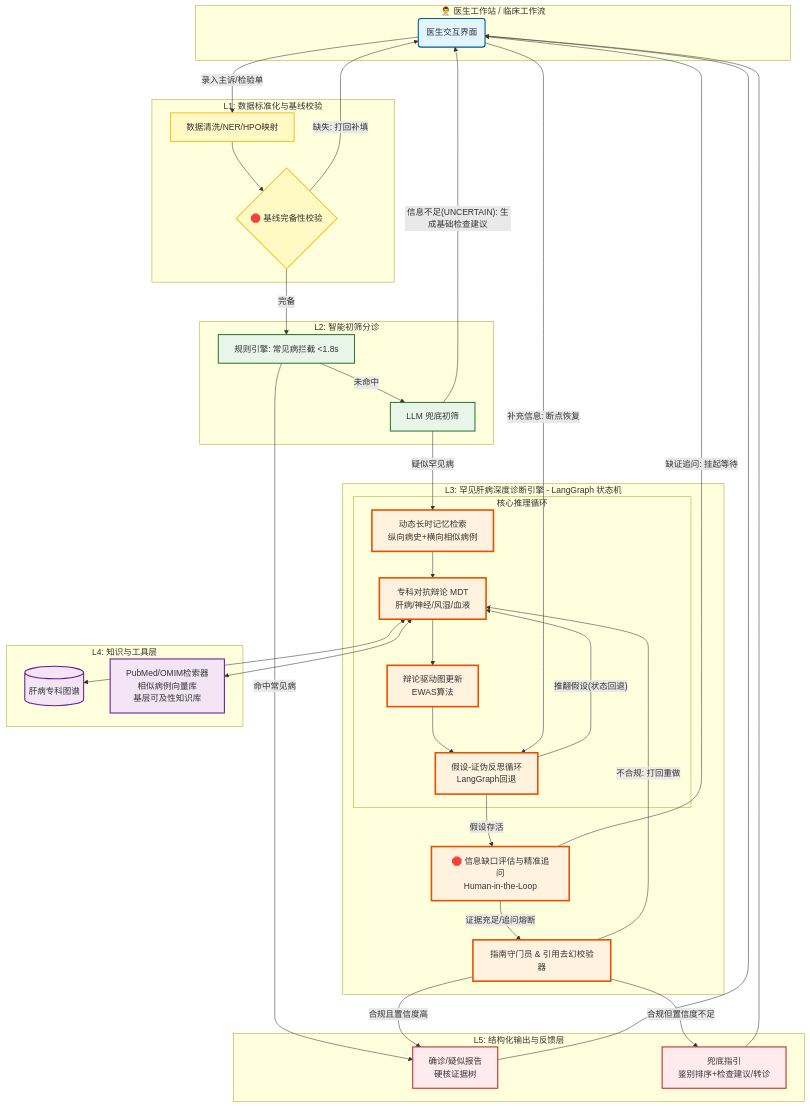
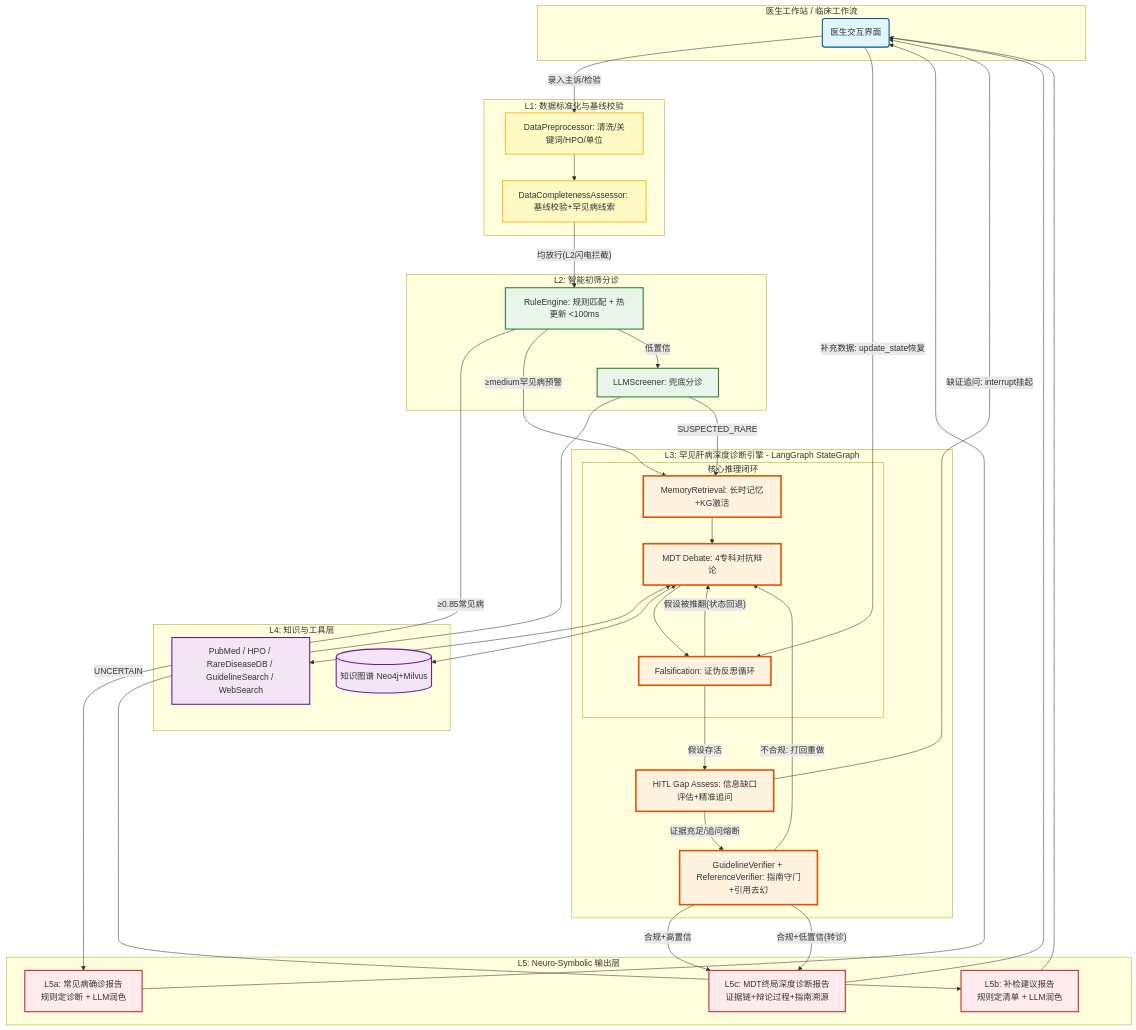
Before and after one commit to YOLOSXF/Rare-Hepatic-Disease-Multi-Agent-System: the diagram in README.md, drawn with Mermaid. The commit also changed other lines of this file and 20 other files, not shown here.

````diff
--- a/README.md
+++ b/README.md
@@ -359,74 +384,74 @@
     classDef core fill:#fff3e0,stroke:#e65100,stroke-width:3px;
 
     %% 医生工作站
-    subgraph UserLayer [👨‍⚕️ 医生工作站 / 临床工作流]
+    subgraph UserLayer [医生工作站 / 临床工作流]
         Doctor(医生交互界面):::user
     end
 
     %% L1 层
     subgraph L1 [L1: 数据标准化与基线校验]
-        Preprocess[数据清洗/NER/HPO映射]:::layer1
-        BaselineCheck{🛑 基线完备性校验}:::layer1
+        Preprocess[DataPreprocessor: 清洗/关键词/HPO/单位]:::layer1
+        DataAssess[DataCompletenessAssessor: 基线校验+罕见病线索]:::layer1
     end
 
     %% L2 层
     subgraph L2 [L2: 智能初筛分诊]
-        RuleEngine[规则引擎: 常见病拦截 <1.8s]:::layer2
-        LLMTriage[LLM 兜底初筛]:::layer2
+        RuleEngine[RuleEngine: 规则匹配 + 热更新 <100ms]:::layer2
+        LLMTriage[LLMScreener: 兜底分诊]:::layer2
     end
 
     %% L3 层
-    subgraph L3 [L3: 罕见肝病深度诊断引擎 - LangGraph 状态机]
-        subgraph CoreLoop [核心推理循环]
-            Memory[动态长时记忆检索<br/>纵向病史+横向相似病例]:::core
-            MDT[专科对抗辩论 MDT<br/>肝病/神经/风湿/血液]:::core
-            GraphUpdate[辩论驱动图更新<br/>EWAS算法]:::core
-            Falsification[假设-证伪反思循环<br/>LangGraph回退]:::core
+    subgraph L3 [L3: 罕见肝病深度诊断引擎 - LangGraph StateGraph]
+        subgraph CoreLoop [核心推理闭环]
+            Memory[MemoryRetrieval: 长时记忆+KG激活]:::core
+            MDT[MDT Debate: 4专科对抗辩论]:::core
+            Falsification[Falsification: 证伪反思循环]:::core
         end
 
-        HITL[🛑 信息缺口评估与精准追问<br/>Human-in-the-Loop]:::core
-        Verifier[指南守门员 & 引用去幻校验器]:::core
+        HITL[HITL Gap Assess: 信息缺口评估+精准追问]:::core
+        Verifier[GuidelineVerifier + ReferenceVerifier: 指南守门+引用去幻]:::core
     end
 
     %% L4 层
     subgraph L4 [L4: 知识与工具层]
-        Knowledge[(肝病专科图谱)]:::layer4
-        Tools[PubMed/OMIM检索器<br/>相似病例向量库<br/>基层可及性知识库]:::layer4
+        Knowledge[(知识图谱 Neo4j+Milvus)]:::layer4
+        Tools[PubMed / HPO / RareDiseaseDB / GuidelineSearch / WebSearch]:::layer4
     end
 
     %% L5 层
-    subgraph L5 [L5: 结构化输出与反馈层]
-        OutputSuccess[确诊/疑似报告<br/>硬核证据树]:::layer5
-        OutputFail[兜底指引<br/>鉴别排序+检查建议/转诊]:::layer5
+    subgraph L5 [L5: Neuro-Symbolic 输出层]
+        OutputCommon[L5a: 常见病确诊报告<br/>规则定诊断 + LLM润色]:::layer5
+        OutputTriage[L5b: 补检建议报告<br/>规则定清单 + LLM润色]:::layer5
+        OutputMDT[L5c: MDT终局深度诊断报告<br/>证据链+辩论过程+指南溯源]:::layer5
     end
 
     %% 数据流连线
-    Doctor -- "录入主诉/检验单" --> Preprocess
-    Preprocess --> BaselineCheck
-    BaselineCheck -- "缺失: 打回补填" --> Doctor
+    Doctor -- "录入主诉/检验" --> Preprocess
+    Preprocess --> DataAssess
+    DataAssess -- "均放行(L2闪电拦截)" --> RuleEngine
 
-    BaselineCheck -- "完备" --> RuleEngine
-    RuleEngine -- "命中常见病" --> OutputSuccess
-    RuleEngine -- "未命中" --> LLMTriage
-    LLMTriage -- "信息不足(UNCERTAIN): 生成基础检查建议" --> Doctor
+    RuleEngine -- "≥0.85常见病" --> OutputCommon
+    RuleEngine -- "≥medium罕见病预警" --> Memory
+    RuleEngine -- "低置信" --> LLMTriage
+    LLMTriage -- "UNCERTAIN" --> OutputTriage
+    LLMTriage -- "SUSPECTED_RARE" --> Memory
 
-    LLMTriage -- "疑似罕见病" --> Memory
     Memory --> MDT
     MDT <--> Tools
     MDT <--> Knowledge
-    MDT --> GraphUpdate
-    GraphUpdate --> Falsification
-    Falsification -- "推翻假设(状态回退)" --> MDT
+    MDT --> Falsification
+    Falsification -- "假设被推翻(状态回退)" --> MDT
     Falsification -- "假设存活" --> HITL
 
-    HITL -- "缺证追问: 挂起等待" --> Doctor
-    Doctor -- "补充信息: 断点恢复" --> Falsification
+    HITL -- "缺证追问: interrupt挂起" --> Doctor
+    Doctor -- "补充数据: update_state恢复" --> Falsification
 
     HITL -- "证据充足/追问熔断" --> Verifier
     Verifier -- "不合规: 打回重做" --> MDT
-    Verifier -- "合规且置信度高" --> OutputSuccess
-    Verifier -- "合规但置信度不足" --> OutputFail
+    Verifier -- "合规+高置信" --> OutputMDT
+    Verifier -- "合规+低置信(转诊)" --> OutputMDT
 
-    OutputSuccess --> Doctor
-    OutputFail --> Doctor
+    OutputCommon --> Doctor
+    OutputTriage --> Doctor
+    OutputMDT --> Doctor
 ```
````
